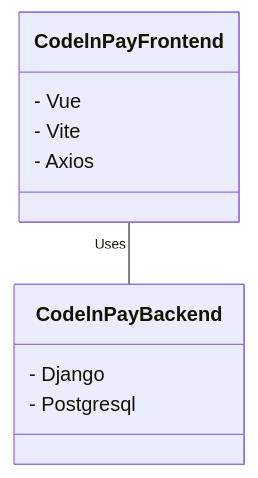
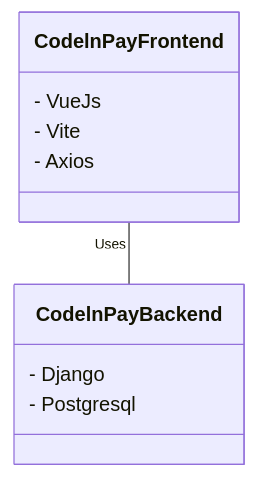
One commit to CodelnGhana/codelnpay-project changed the second of 2 diagrams in README.md. Above: the diagram before and after it, drawn with Mermaid. The commit also changed other lines of this file, not shown here.

````diff
--- a/README.md
+++ b/README.md
@@ -46,16 +62,16 @@
 ```mermaid
 classDiagram
     class CodelnPay Frontend  {
-        - Vue
+        - VueJs
         - Vite
         - Axios
     }
 
     class CodelnPay Backend {
         - Django
         - Postgresql
         
     }
 
     CodelnPay Frontend "Uses" -- CodelnPay Backend 
 ```
````
